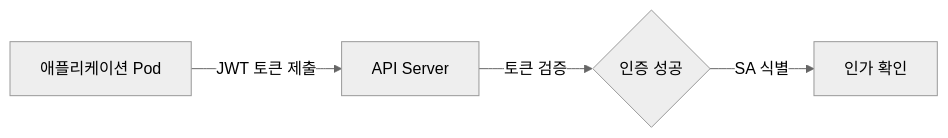
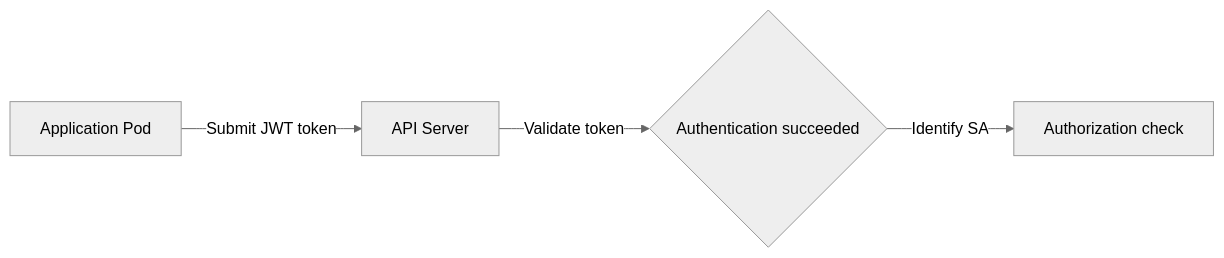
The diagram in content/security/02-architecture/21-user-vs-serviceaccount.md (jeonck/k8s-adv), drawn with Mermaid (neutral theme) before and after one commit. The commit also changed other lines of this file and 223 other files, not shown here.

````diff
--- a/content/security/02-architecture/21-user-vs-serviceaccount.md
+++ b/content/security/02-architecture/21-user-vs-serviceaccount.md
@@ -37,6 +37,6 @@
 ```mermaid
 flowchart LR
-    Pod[애플리케이션 Pod] -- "JWT 토큰 제출" --> APIServer[API Server]
-    APIServer -- "토큰 검증" --> AuthN{인증 성공}
-    AuthN -- "SA 식별" --> RBAC[인가 확인]
+    Pod[Application Pod] -- "Submit JWT token" --> APIServer[API Server]
+    APIServer -- "Validate token" --> AuthN{Authentication succeeded}
+    AuthN -- "Identify SA" --> RBAC[Authorization check]
 ```
````
